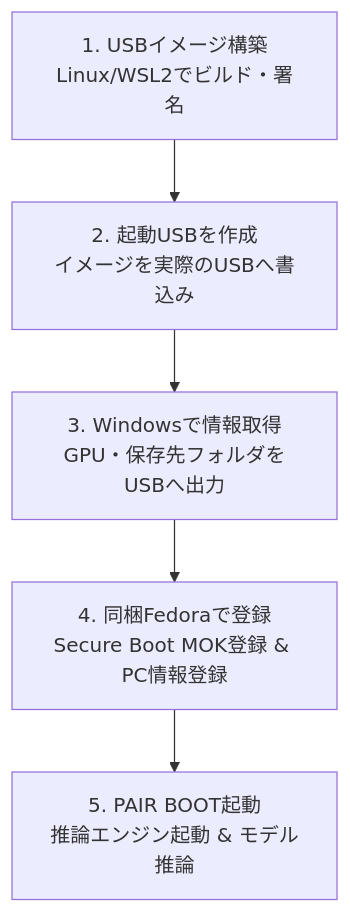
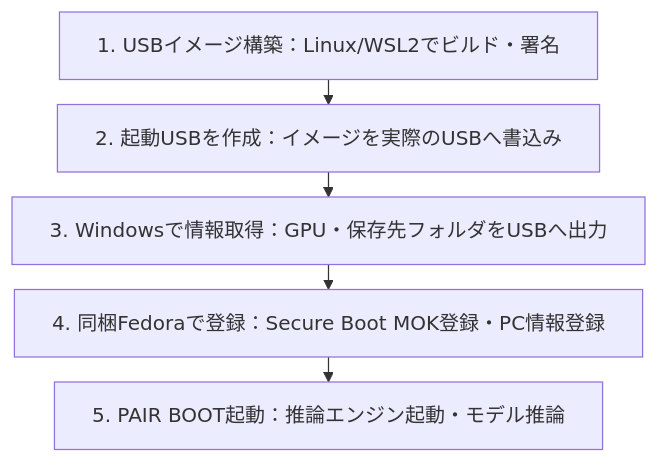
One commit to fujisawa-max/pair-boot-usb changed the diagram in README.md. Above: the diagram before and after it, drawn with Mermaid.

Commit message:
docs: READMEのフロー図の折り返し幅と縦の間隔を調整

````diff
--- a/README.md
+++ b/README.md
@@ -13,7 +13,13 @@
 ```mermaid
+---
+config:
+  flowchart:
+    rankSpacing: 20
+    wrappingWidth: 640
+---
 flowchart TD
-    A[1. USBイメージ構築<br>Linux/WSL2でビルド・署名] --> B[2. 起動USBを作成<br>イメージを実際のUSBへ書込み]
-    B --> C[3. Windowsで情報取得<br>GPU・保存先フォルダをUSBへ出力]
-    C --> D[4. 同梱Fedoraで登録<br>Secure Boot MOK登録 & PC情報登録]
-    D --> E[5. PAIR BOOT起動<br>推論エンジン起動 & モデル推論]
+    A["1. USBイメージ構築：Linux/WSL2でビルド・署名"] --> B["2. 起動USBを作成：イメージを実際のUSBへ書込み"]
+    B --> C["3. Windowsで情報取得：GPU・保存先フォルダをUSBへ出力"]
+    C --> D["4. 同梱Fedoraで登録：Secure Boot MOK登録・PC情報登録"]
+    D --> E["5. PAIR BOOT起動：推論エンジン起動・モデル推論"]
 ```
````
